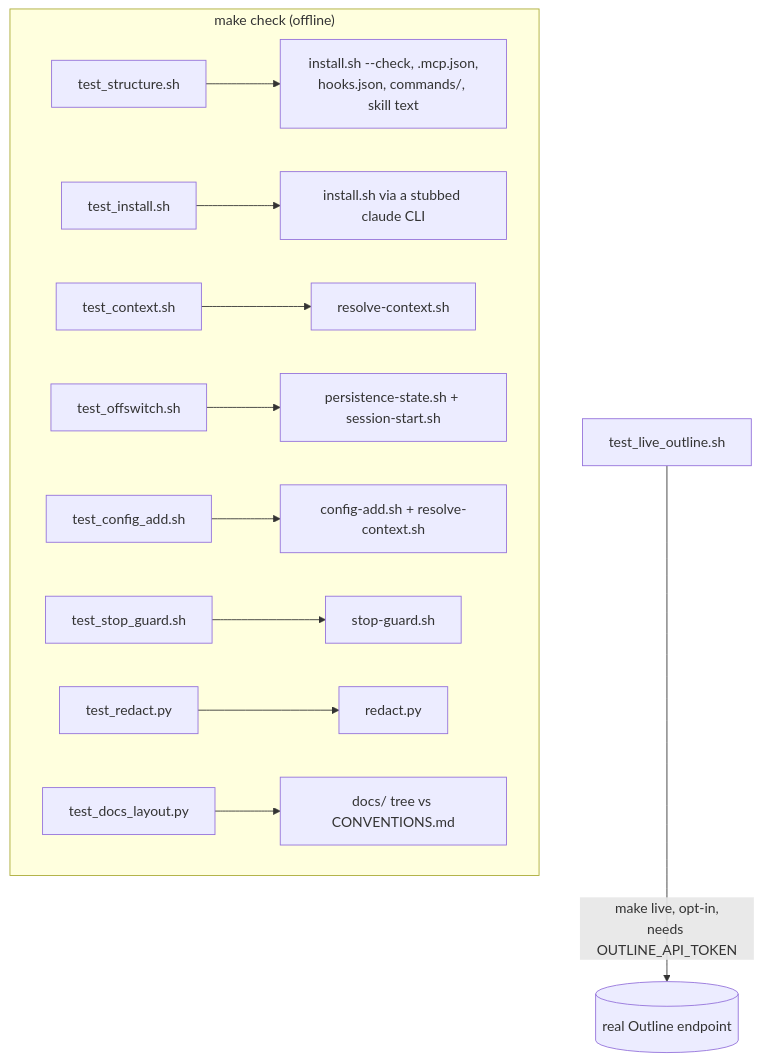
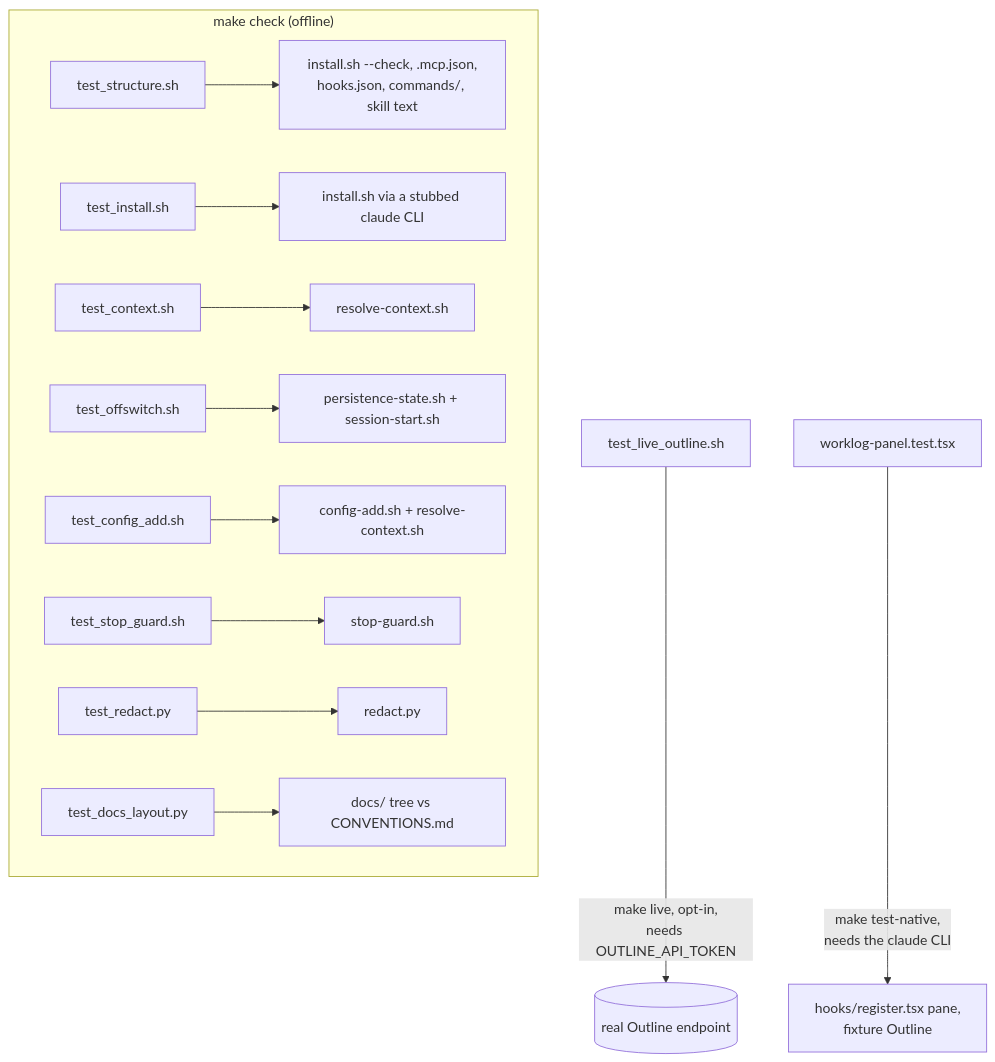
One commit to kolezka/worklog-persist changed the diagram in docs/verification/README.md. Above: the diagram before and after it, drawn with Mermaid. The commit also changed other lines of this file and 33 other files, not shown here.

First line of the commit message:
feat: add native worklog panel and task status

````diff
--- a/docs/verification/README.md
+++ b/docs/verification/README.md
@@ -44,14 +49,15 @@
 ```mermaid
 flowchart TD
     subgraph offline["make check (offline)"]
         A[test_structure.sh] --> RA["install.sh --check, .mcp.json,\nhooks.json, commands/, skill text"]
         B[test_install.sh] --> RB["install.sh via a stubbed claude CLI"]
         C[test_context.sh] --> RC["resolve-context.sh"]
         D[test_offswitch.sh] --> RD["persistence-state.sh + session-start.sh"]
         G[test_config_add.sh] --> RG["config-add.sh + resolve-context.sh"]
         H[test_stop_guard.sh] --> RH["stop-guard.sh"]
         E[test_redact.py] --> RE["redact.py"]
         F[test_docs_layout.py] --> RF["docs/ tree vs CONVENTIONS.md"]
     end
     L[test_live_outline.sh] -->|"make live, opt-in,\nneeds OUTLINE_API_TOKEN"| O[("real Outline endpoint")]
+    N[worklog-panel.test.tsx] -->|"make test-native,\nneeds the claude CLI"| RN["hooks/register.tsx pane,\nfixture Outline"]
 ```
````
